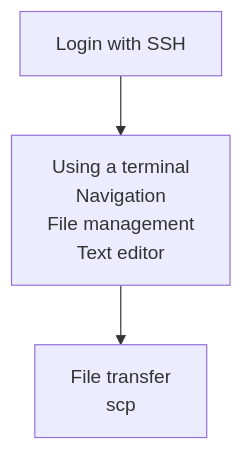
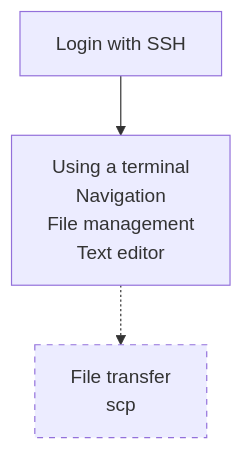
The diagram in docs/sessions/introduction_terminal.md (UPPMAX/uppmax_intro_day_1), drawn with Mermaid before and after one commit. The commit also changed other lines of this file and 2 other files, not shown here.

Commit message:
scp is optional

````diff
--- a/docs/sessions/introduction_terminal.md
+++ b/docs/sessions/introduction_terminal.md
@@ -8,9 +8,13 @@
 ```mermaid
 flowchart TD
+
+  classDef maybe_not_node stroke-dasharray: 5 5
+
+
   login_ssh[Login with SSH]
   use_terminal[Using a terminal\nNavigation\nFile management\nText editor]
-  file_transfer_scp[File transfer\nscp]
+  file_transfer_scp[File transfer\nscp]:::maybe_not_node
 
   login_ssh --> use_terminal
-  use_terminal --> file_transfer_scp
+  use_terminal -.-> file_transfer_scp
 ```
````
